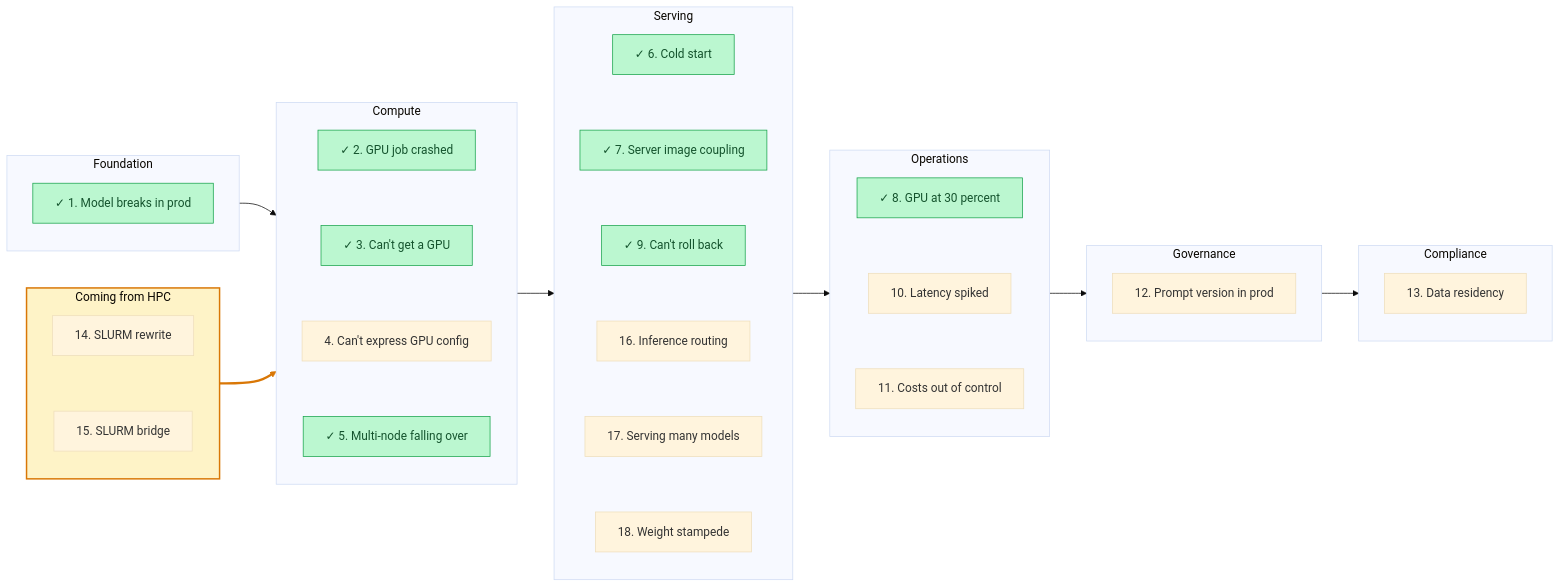
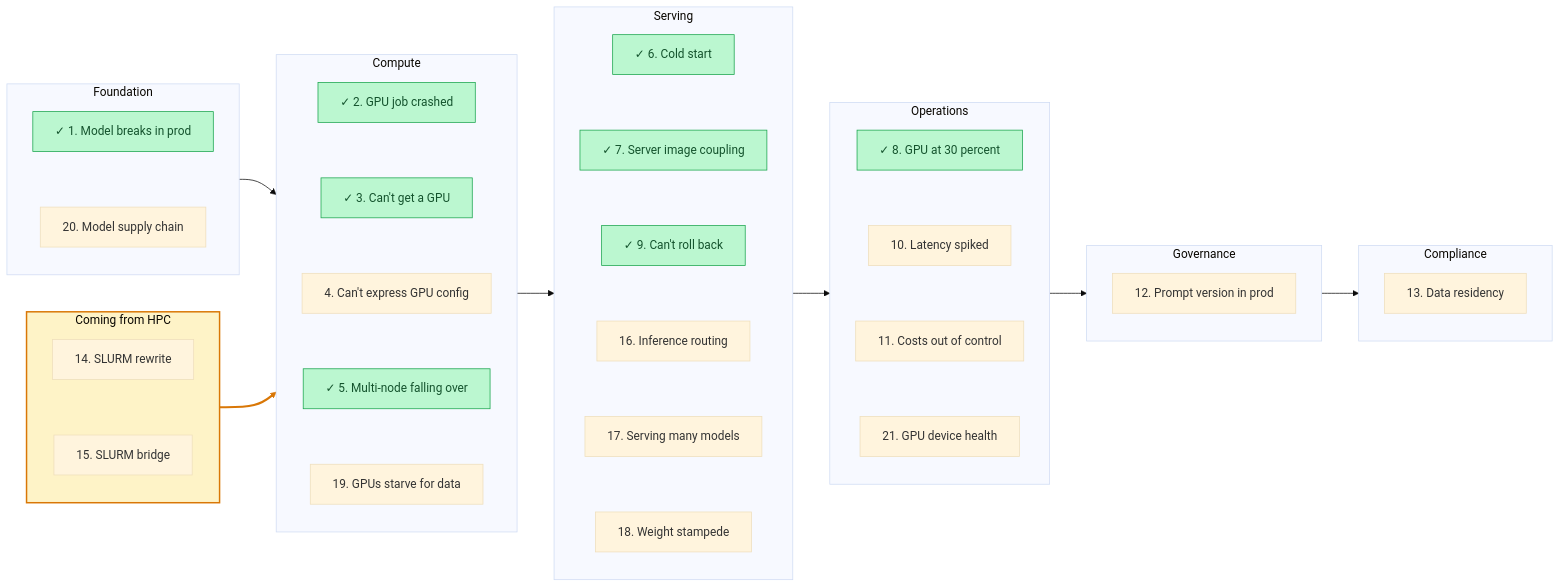
Before and after one commit to arun-gupta/the-pain-first-way: the diagram in README.md, drawn with Mermaid (base theme). The commit also changed 5 other files, not shown here.

First line of the commit message:
Add pains 19-21: data starvation, model supply chain, GPU device health

````diff
--- a/README.md
+++ b/README.md
@@ -25,6 +25,8 @@
     subgraph S1[Foundation]
         direction TB
         N1[✓ 1. Model breaks in prod]
+        N20[20. Model supply chain]
+        N1 ~~~ N20
     end
     subgraph S2[Compute]
         direction TB
@@ -32,9 +34,11 @@
         N3[✓ 3. Can't get a GPU]
         N4[4. Can't express GPU config]
         N5[✓ 5. Multi-node falling over]
+        N19[19. GPUs starve for data]
         N2 ~~~ N3
         N3 ~~~ N4
         N4 ~~~ N5
+        N5 ~~~ N19
     end
     subgraph S3[Serving]
         direction TB
@@ -55,8 +59,10 @@
         N8[✓ 8. GPU at 30 percent]
         N10[10. Latency spiked]
         N11[11. Costs out of control]
+        N21[21. GPU device health]
         N8 ~~~ N10
         N10 ~~~ N11
+        N11 ~~~ N21
     end
     subgraph S5[Governance]
         direction TB
@@ -77,7 +83,7 @@
     classDef avail fill:#bbf7d0,stroke:#16a34a,stroke-width:1px,color:#14532d;
     class N1,N2,N3,N5,N6,N7,N8,N9 avail;
     style SHPC fill:#fef3c7,stroke:#d97706,stroke-width:2px;
-    linkStyle 16 stroke:#d97706,stroke-width:3px;
+    linkStyle 19 stroke:#d97706,stroke-width:3px;
     click N1 "https://github.com/arun-gupta/the-pain-first-way/blob/main/pains/01-model-works-locally.md"
     click N2 "https://github.com/arun-gupta/the-pain-first-way/blob/main/pains/02-gpu-job-crashed.md"
     click N3 "https://github.com/arun-gupta/the-pain-first-way/blob/main/pains/03-cant-get-a-gpu.md"
@@ -96,4 +102,7 @@
     click N16 "https://github.com/arun-gupta/the-pain-first-way/blob/main/pains/16-inference-routing.md"
     click N17 "https://github.com/arun-gupta/the-pain-first-way/blob/main/pains/17-serving-many-models.md"
     click N18 "https://github.com/arun-gupta/the-pain-first-way/blob/main/pains/18-weight-stampede.md"
+    click N19 "https://github.com/arun-gupta/the-pain-first-way/blob/main/pains/19-data-starvation.md"
+    click N20 "https://github.com/arun-gupta/the-pain-first-way/blob/main/pains/20-model-supply-chain.md"
+    click N21 "https://github.com/arun-gupta/the-pain-first-way/blob/main/pains/21-device-health.md"
 ```
````
